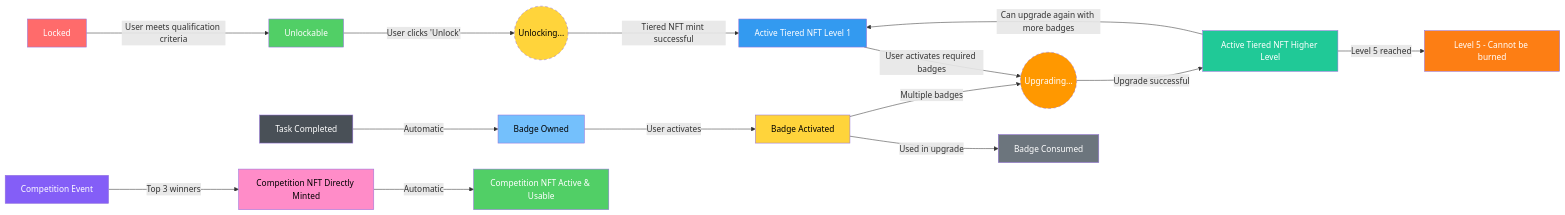
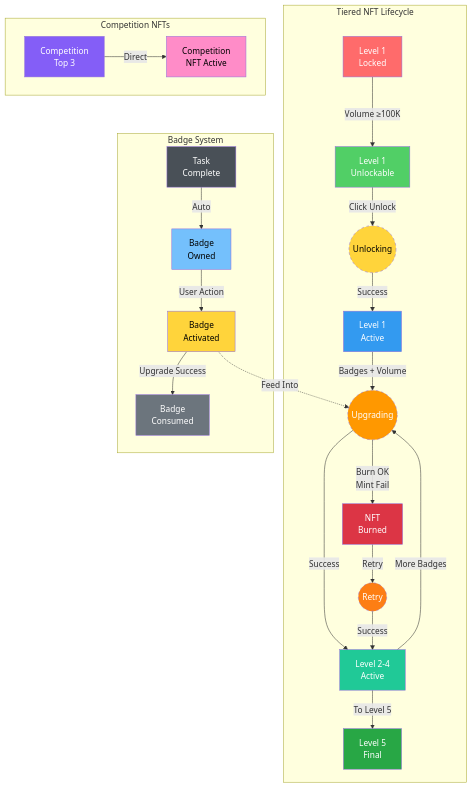
One commit to ljg-cqu/aiw3-nft-solana changed the diagram in docs/business/AIW3-NFT-Business-Rules-and-Flows.md. Above: the diagram before and after it, drawn with Mermaid.

Commit message:
docs: update NFT state diagram with retry flow and visual grouping

````diff
--- a/docs/business/AIW3-NFT-Business-Rules-and-Flows.md
+++ b/docs/business/AIW3-NFT-Business-Rules-and-Flows.md
@@ -135,33 +135,44 @@
 ```mermaid
-flowchart LR
-    A[Locked] -->|User meets qualification criteria| B[Unlockable]
-    B -->|User clicks 'Unlock'| C((Unlocking...))
-    C -->|Tiered NFT mint successful| D[Active Tiered NFT Level 1]
-    D -->|User activates required badges| E((Upgrading...))
-    E -->|Upgrade successful| F[Active Tiered NFT Higher Level]
-    F -->|Can upgrade again with more badges| D
-    F -->|Level 5 reached| M[Level 5 - Cannot be burned]
+flowchart TD
+    subgraph "Tiered NFT Lifecycle"
+        A[Level 1<br/>Locked] -->|Volume ≥100K| B[Level 1<br/>Unlockable]
+        B -->|Click Unlock| C((Unlocking))
+        C -->|Success| D[Level 1<br/>Active]
+        
+        D -->|Badges + Volume| E((Upgrading))
+        E -->|Success| F[Level 2-4<br/>Active]
+        E -->|Burn OK<br/>Mint Fail| O[NFT<br/>Burned]
+        O -->|Retry| P((Retry))
+        P -->|Success| F
+        
+        F -->|More Badges| E
+        F -->|To Level 5| Q[Level 5<br/>Final]
+    end
     
-    G[Task Completed] -->|Automatic| H[Badge Owned]
-    H -->|User activates| I[Badge Activated]
-    I -->|Used in upgrade| J[Badge Consumed]
-    I -->|Multiple badges| E
+    subgraph "Badge System"
+        G[Task<br/>Complete] -->|Auto| H[Badge<br/>Owned]
+        H -->|User Action| I[Badge<br/>Activated]
+        I -->|Upgrade Success| J[Badge<br/>Consumed]
+        I -.->|Feed Into| E
+    end
     
-    K[Competition Event] -->|Top 3 winners| L[Competition NFT Directly Minted]
-    L -->|Automatic| N[Competition NFT Active & Usable]
+    subgraph "Competition NFTs"
+        K[Competition<br/>Top 3] -->|Direct| L[Competition<br/>NFT Active]
+    end
     
     style A fill:#ff6b6b,color:#fff
     style B fill:#51cf66,color:#fff
     style C fill:#ffd43b,color:#000,stroke-dasharray: 5 5
     style D fill:#339af0,color:#fff
     style E fill:#ff9800,color:#fff,stroke-dasharray: 5 5
     style F fill:#20c997,color:#fff
     style G fill:#495057,color:#fff
     style H fill:#74c0fc,color:#000
     style I fill:#ffd43b,color:#000
     style J fill:#6c757d,color:#fff
     style K fill:#845ef7,color:#fff
     style L fill:#ff8cc8,color:#000
-    style M fill:#fd7e14,color:#fff
-    style N fill:#51cf66,color:#fff
+    style O fill:#dc3545,color:#fff
+    style P fill:#fd7e14,color:#fff,stroke-dasharray: 5 5
+    style Q fill:#28a745,color:#fff
 ```
````
